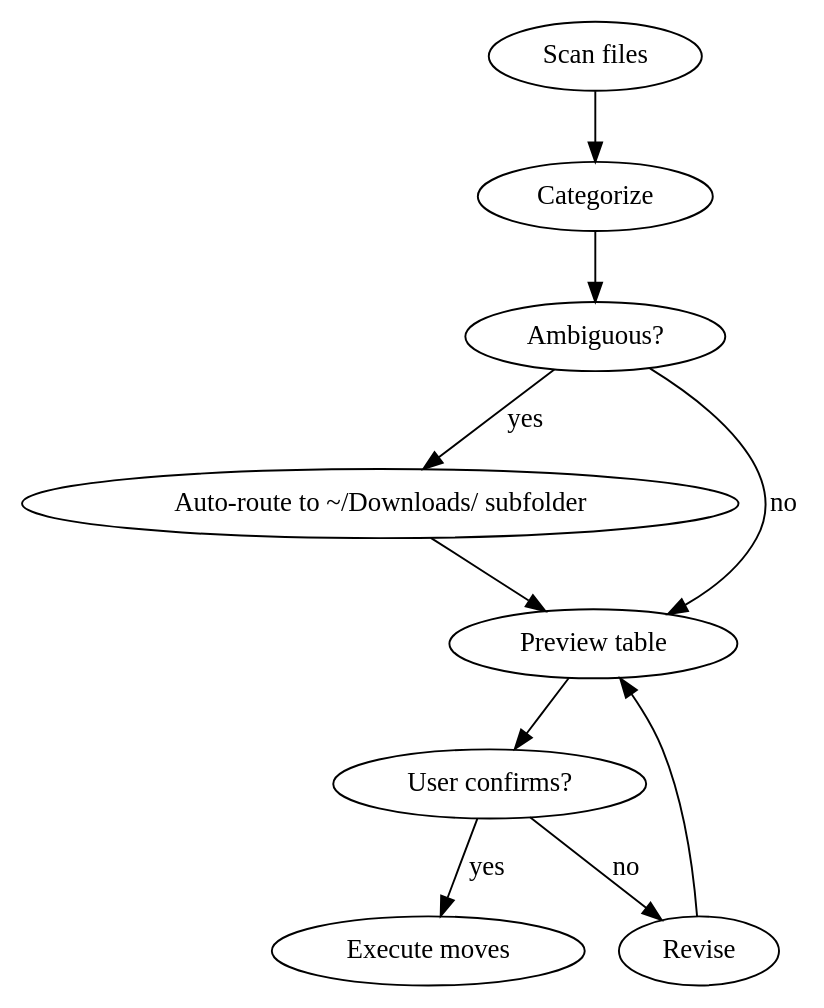
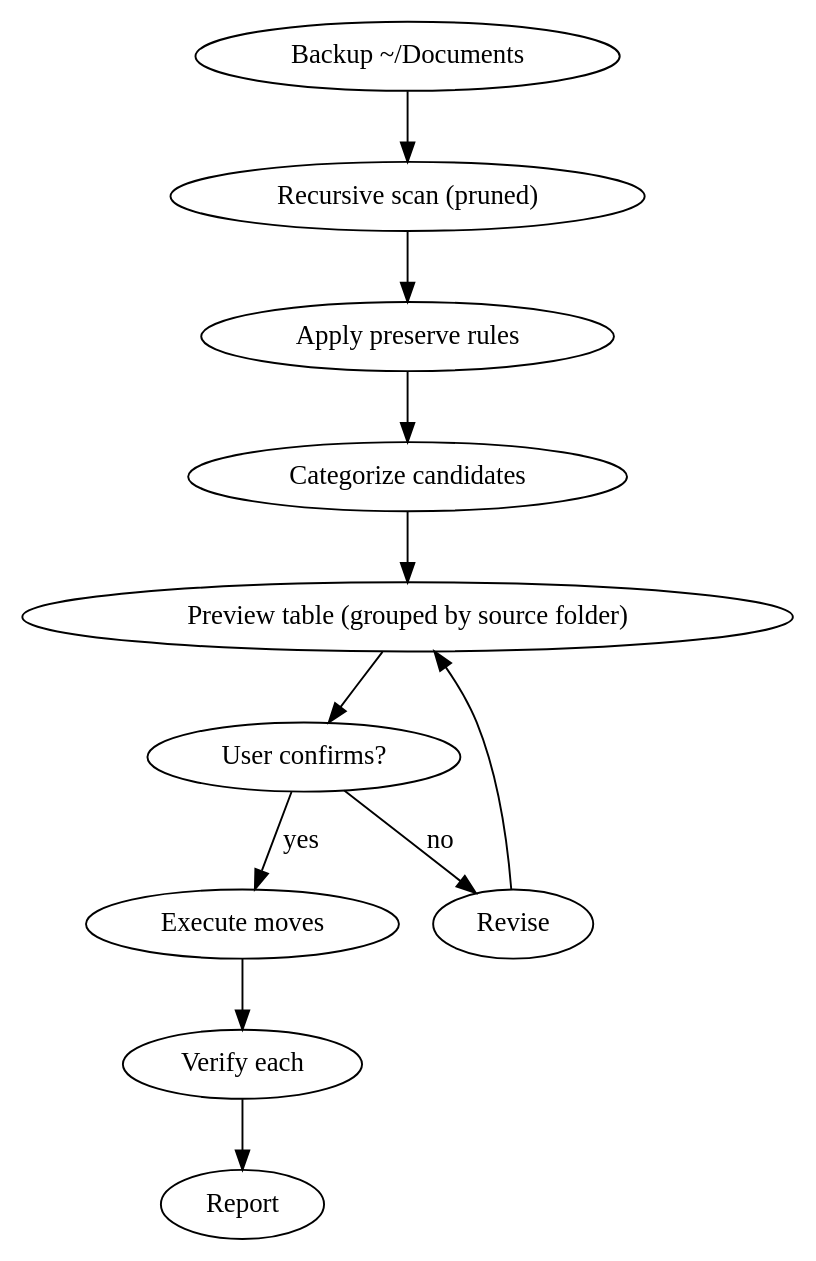
Before and after one commit to michi-onl/skills: the diagram in macos-file-sorter/SKILL.md, drawn with Graphviz. The commit also changed other lines of this file and 5 other files, not shown here.

First line of the commit message:
macos-file-sorter: rewrite for Documents-only recursive sort; wordpress: add connection fallback, deterministic media lookup, and deploy verification

````diff
--- a/macos-file-sorter/SKILL.md
+++ b/macos-file-sorter/SKILL.md
@@ -62,13 +80,13 @@
 ```dot
 digraph sort_flow {
-    "Scan files" -> "Categorize";
-    "Categorize" -> "Ambiguous?" [shape=diamond];
-    "Ambiguous?" -> "Auto-route to ~/Downloads/ subfolder" [label="yes"];
-    "Ambiguous?" -> "Preview table" [label="no"];
-    "Auto-route to ~/Downloads/ subfolder" -> "Preview table";
-    "Preview table" -> "User confirms?" [shape=diamond];
+    "Backup ~/Documents" -> "Recursive scan (pruned)";
+    "Recursive scan (pruned)" -> "Apply preserve rules";
+    "Apply preserve rules" -> "Categorize candidates";
+    "Categorize candidates" -> "Preview table (grouped by source folder)";
+    "Preview table (grouped by source folder)" -> "User confirms?" [shape=diamond];
     "User confirms?" -> "Execute moves" [label="yes"];
     "User confirms?" -> "Revise" [label="no"];
-    "Revise" -> "Preview table";
+    "Revise" -> "Preview table (grouped by source folder)";
+    "Execute moves" -> "Verify each" -> "Report";
 }
 ```
````
